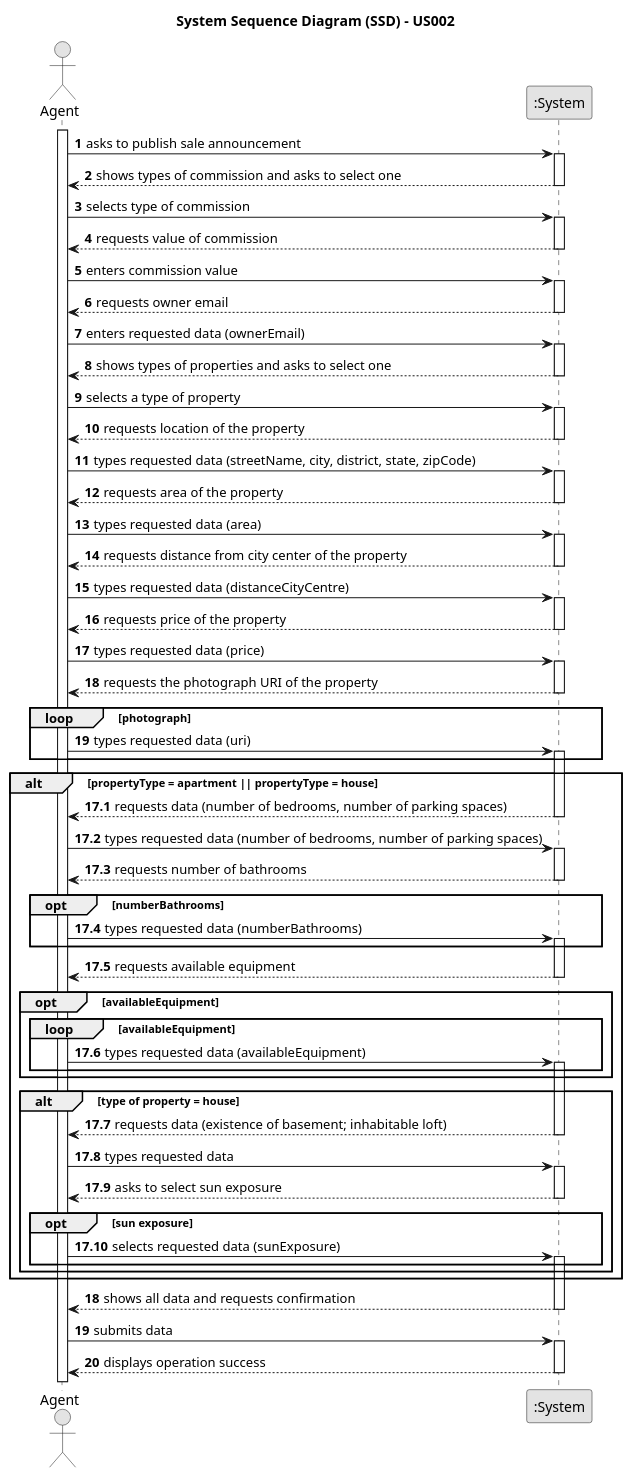
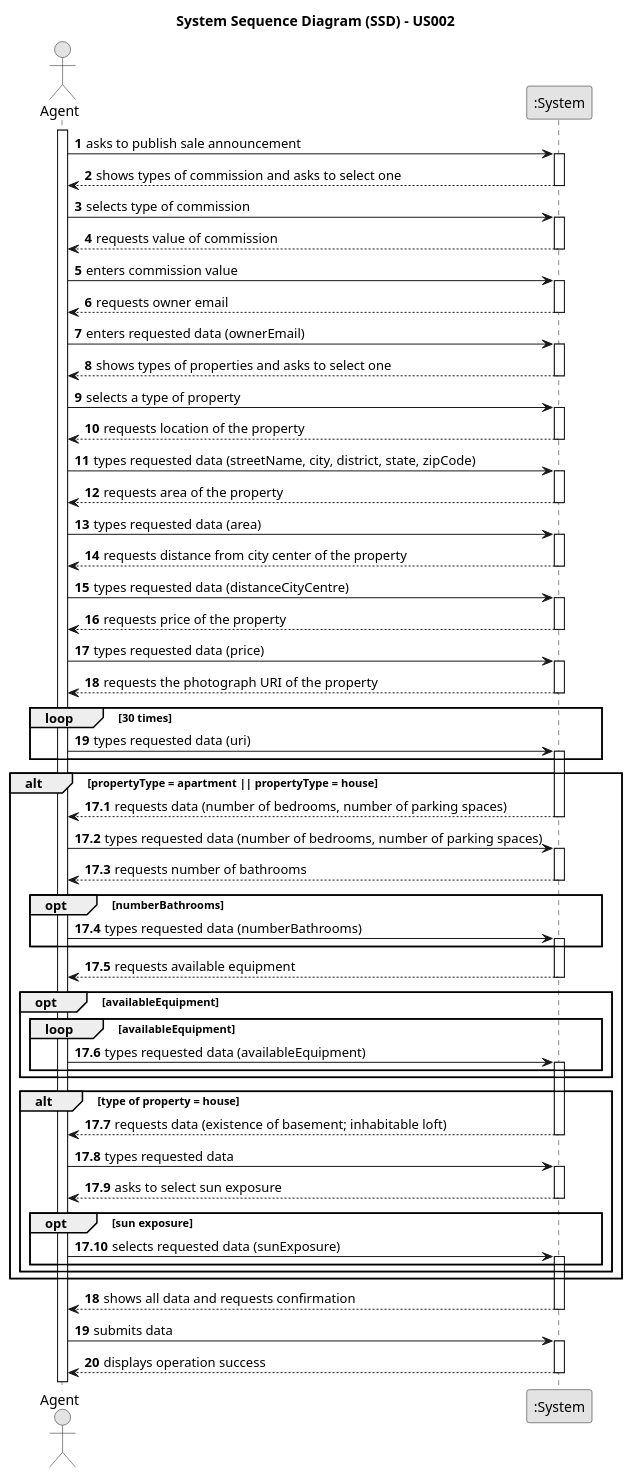
Before and after one commit to rita-barbosa/LAPR2-2223: the diagram in docs/sprintB/us002/01.requirements-engineering/puml/us002-system-sequence-diagram.puml, drawn with PlantUML. The commit also changed 8 other files, not shown here.

Commit message:
Update of sequence diagrams [US002][Design]

```diff
--- a/docs/sprintB/us002/01.requirements-engineering/puml/us002-system-sequence-diagram.puml
+++ b/docs/sprintB/us002/01.requirements-engineering/puml/us002-system-sequence-diagram.puml
@@ -1,131 +1,131 @@
 @startuml
 skinparam monochrome true
 skinparam packageStyle rectangle
 skinparam shadowing false
 
 title System Sequence Diagram (SSD) - US002
 
 autonumber
 
 actor "Agent" as Employee
 participant ":System" as System
 
 activate Employee
 
     Employee -> System : asks to publish sale announcement
     activate System
 
       System --> Employee : shows types of commission and asks to select one
     deactivate System
 
     Employee -> System : selects type of commission
     activate System
 
     System --> Employee : requests value of commission
     deactivate System
 
     Employee -> System : enters commission value
     activate System
 
     System --> Employee : requests owner email
     deactivate System
 
     Employee -> System : enters requested data (ownerEmail)
     activate System
 
     System --> Employee : shows types of properties and asks to select one
     deactivate System
 
     Employee -> System : selects a type of property
     activate System
 
     System --> Employee : requests location of the property
     deactivate System
 
     Employee -> System : types requested data (streetName, city, district, state, zipCode)
     activate System
 
     System --> Employee : requests area of the property
     deactivate System
 
     Employee -> System : types requested data (area)
     activate System
 
     System --> Employee : requests distance from city center of the property
     deactivate System
 
     Employee -> System : types requested data (distanceCityCentre)
     activate System
 
     System --> Employee : requests price of the property
     deactivate System
 
     Employee -> System : types requested data (price)
     activate System
 
     System --> Employee : requests the photograph URI of the property
         deactivate System
 
-            loop photograph
+            loop 30 times
             Employee -> System : types requested data (uri)
             activate System
             end loop
 
 
     alt propertyType = apartment || propertyType = house
 
      autonumber 17.1
         System --> Employee : requests data (number of bedrooms, number of parking spaces)
         deactivate System
 
         Employee -> System : types requested data (number of bedrooms, number of parking spaces)
         activate System
 
 
         System --> Employee : requests number of bathrooms
         deactivate System
 
             opt numberBathrooms
             Employee -> System : types requested data (numberBathrooms)
             activate System
             end opt
 
         System --> Employee : requests available equipment
         deactivate System
 
             opt availableEquipment
                 loop availableEquipment
                 Employee -> System : types requested data (availableEquipment)
                 activate System
                 end loop
             end opt
 
         alt type of property = house
 
         System --> Employee : requests data (existence of basement; inhabitable loft)
         deactivate System
 
         Employee -> System : types requested data
         activate System
 
         System --> Employee : asks to select sun exposure
         deactivate System
 
             opt sun exposure
             Employee -> System : selects requested data (sunExposure)
             activate System
             end opt
 
         end
     end
     autonumber 18
         System --> Employee : shows all data and requests confirmation
     deactivate System
 
     Employee -> System : submits data
     activate System
 
         System --> Employee : displays operation success
     deactivate System
 
 @enduml
```
